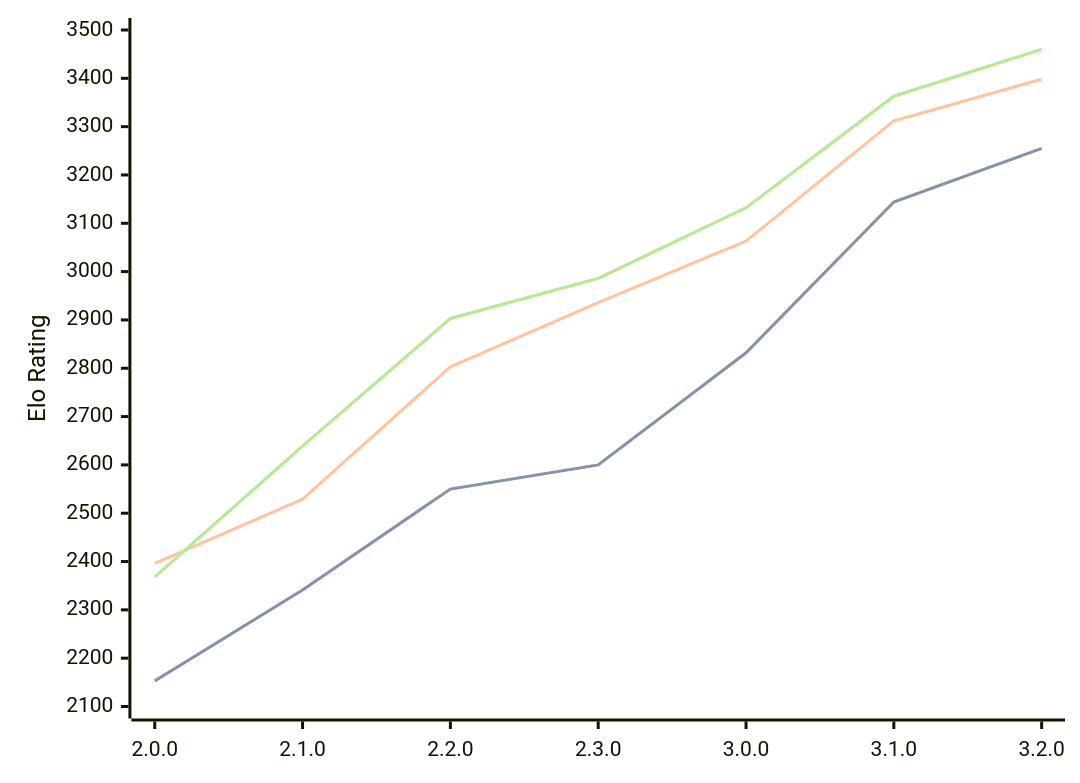
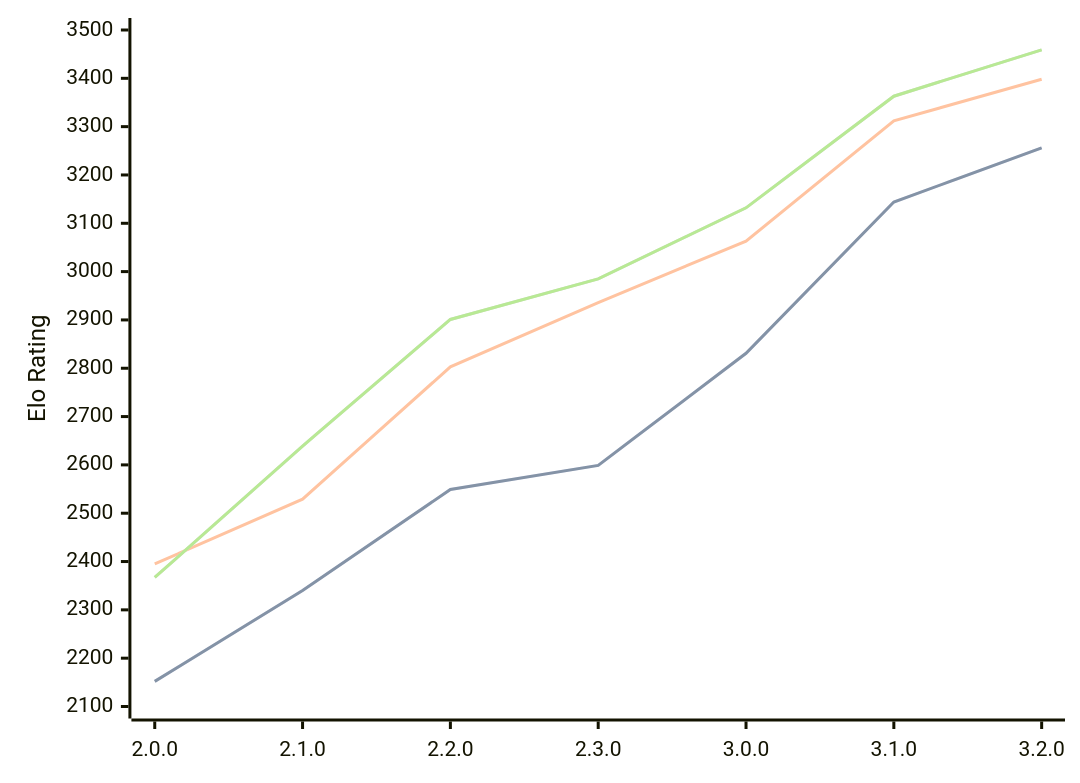
One commit to computer-chess-index/cci changed the diagram in engines/Raphael.md. Above: the diagram before and after it, drawn with Mermaid. The commit also changed other lines of this file, not shown here.

Commit message:
Update CCI Ratings (ELO VLTC) - 2026-03-30

````diff
--- a/engines/Raphael.md
+++ b/engines/Raphael.md
@@ -49,11 +49,11 @@
 ```mermaid
 %%{init: {"theme":"base","themeVariables":{"seriesColors:['#a3a3a3','#222221','#faa371']}}}%%
 xychart-beta
   x-axis ["2.0.0", "2.1.0", "2.2.0", "2.3.0", "3.0.0", "3.1.0", "3.2.0"]
   y-axis "Elo Rating" 2100 --> 3500
-  line "STC (8.0+0.08s)" [2153, 2341, 2550, 2600, 2832, 3144, 3255]
-  line "STC (8.0+0.08s)" [2153, 2341, 2550, 2600, 2832, 3144, 3255]
-  line "LTC (60.0+0.60s)" [2396, 2529, 2803, 2936, 3063, 3312, 3398]
-  line "VLTC (2m24s+1.12s)" [2368, 2639, 2903, 2986, 3132, 3363, 3460]
-  line "VLTC (2m24s+1.12s)" [2368, 2639, 2903, 2986, 3132, 3363, 3460]
+  line "STC (8.0+0.08s)" [2152, 2340, 2549, 2599, 2831, 3144, 3256]
+  line "STC (8.0+0.08s)" [2152, 2340, 2549, 2599, 2831, 3144, 3256]
+  line "LTC (60.0+0.60s)" [2395, 2529, 2803, 2936, 3063, 3312, 3398]
+  line "VLTC (2m24s+1.12s)" [2367, 2639, 2901, 2985, 3132, 3363, 3459]
+  line "VLTC (2m24s+1.12s)" [2367, 2639, 2901, 2985, 3132, 3363, 3459]
 ```
````
